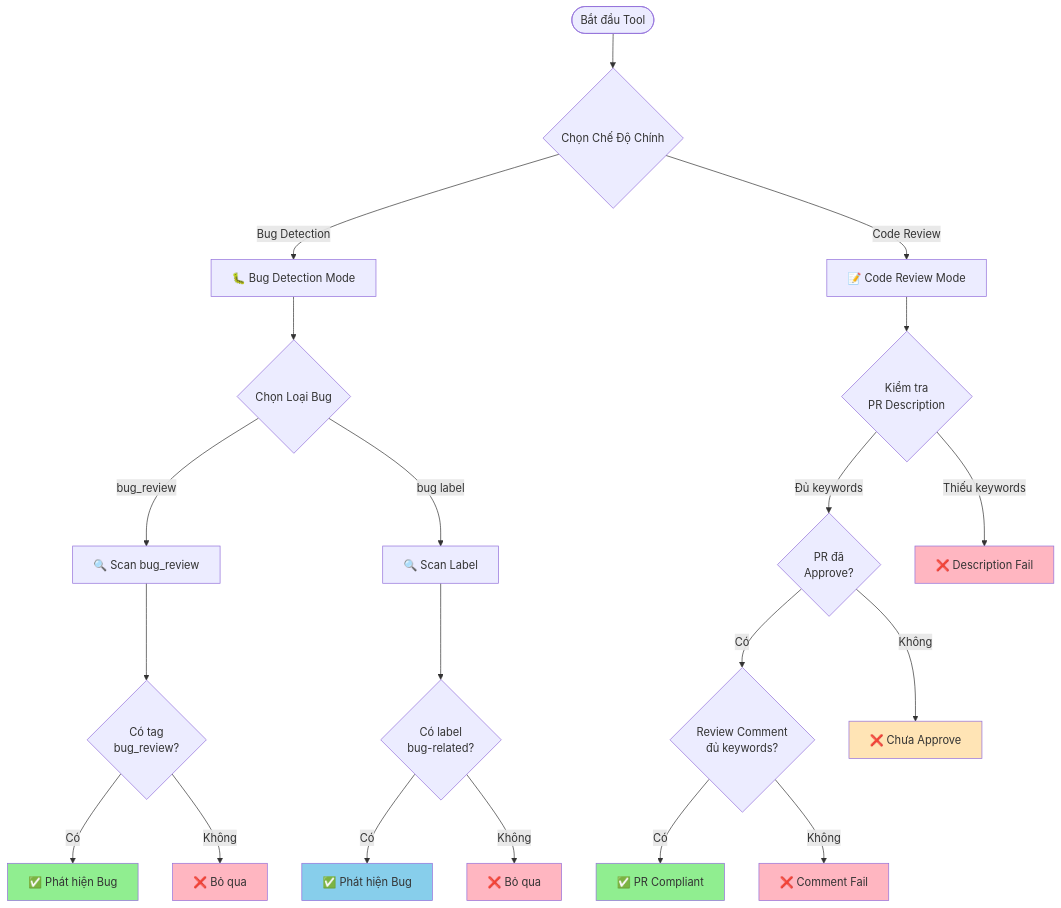
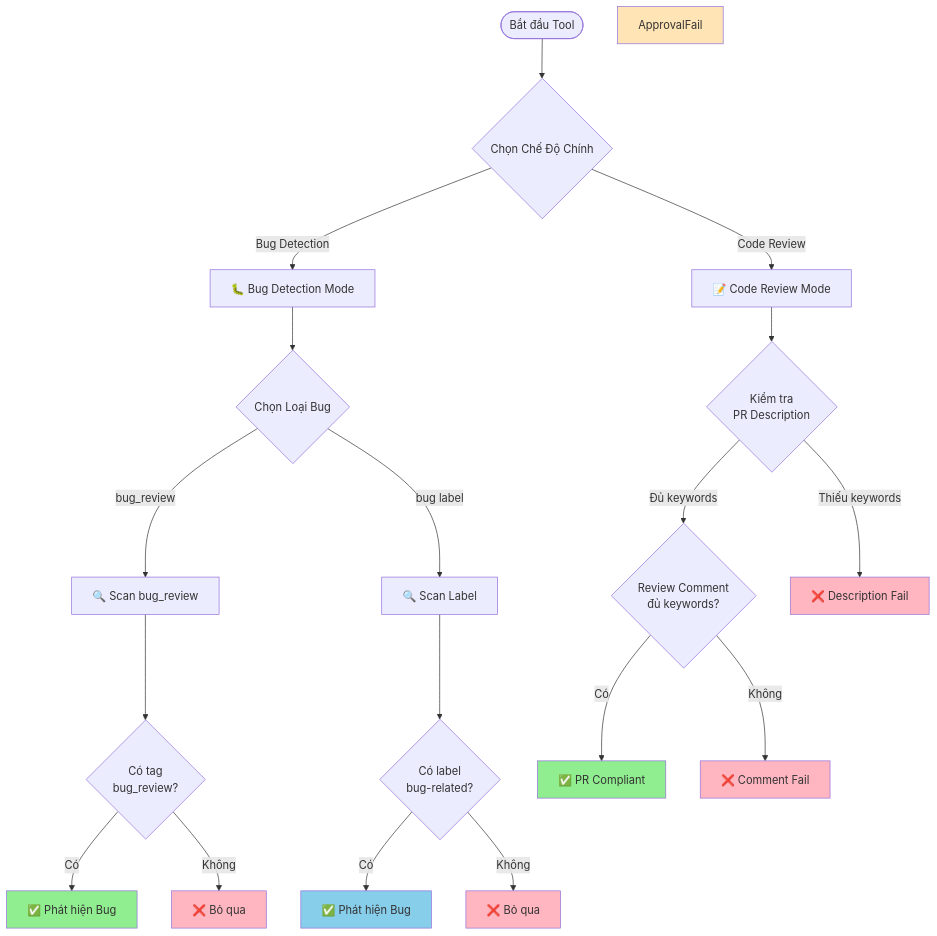
Before and after one commit to vfa-khuongdv/homebrew-bug-crawler: the diagram in docs/bug-detection-guide.md, drawn with Mermaid. The commit also changed other lines of this file and 1 other file, not shown here.

````diff
--- a/docs/bug-detection-guide.md
+++ b/docs/bug-detection-guide.md
@@ -378,36 +370,34 @@
 ```mermaid
 flowchart TD
     Start([Bắt đầu Tool]) --> SelectMainMode{Chọn Chế Độ Chính}
     
     SelectMainMode -->|Bug Detection| BugMode[🐛 Bug Detection Mode]
     SelectMainMode -->|Code Review| ReviewMode[📝 Code Review Mode]
     
     BugMode --> SelectBugType{Chọn Loại Bug}
     SelectBugType -->|bug_review| ModeReview[🔍 Scan bug_review]
     SelectBugType -->|bug label| ModeLabel[🔍 Scan Label]
     
     ModeReview --> CheckReview{Có tag<br/>bug_review?}
     CheckReview -->|Có| FoundReview[✅ Phát hiện Bug]
     CheckReview -->|Không| NotFoundReview[❌ Bỏ qua]
     
     ModeLabel --> CheckLabel{Có label<br/>bug-related?}
     CheckLabel -->|Có| FoundLabel[✅ Phát hiện Bug]
     CheckLabel -->|Không| NotFoundLabel[❌ Bỏ qua]
     
     ReviewMode --> CheckDesc{Kiểm tra<br/>PR Description}
-    CheckDesc -->|Đủ keywords| CheckApproval{PR đã<br/>Approve?}
+    CheckDesc -->|Đủ keywords| CheckComment{Review Comment<br/>đủ keywords?}
     CheckDesc -->|Thiếu keywords| DescFail[❌ Description Fail]
-    CheckApproval -->|Có| CheckComment{Review Comment<br/>đủ keywords?}
-    CheckApproval -->|Không| ApprovalFail[❌ Chưa Approve]
     CheckComment -->|Có| Compliant[✅ PR Compliant]
     CheckComment -->|Không| CommentFail[❌ Comment Fail]
     
     style FoundReview fill:#90EE90
     style FoundLabel fill:#87CEEB
     style Compliant fill:#90EE90
     style NotFoundReview fill:#FFB6C1
     style NotFoundLabel fill:#FFB6C1
     style DescFail fill:#FFB6C1
     style ApprovalFail fill:#FFE4B5
     style CommentFail fill:#FFB6C1
 ```
````
